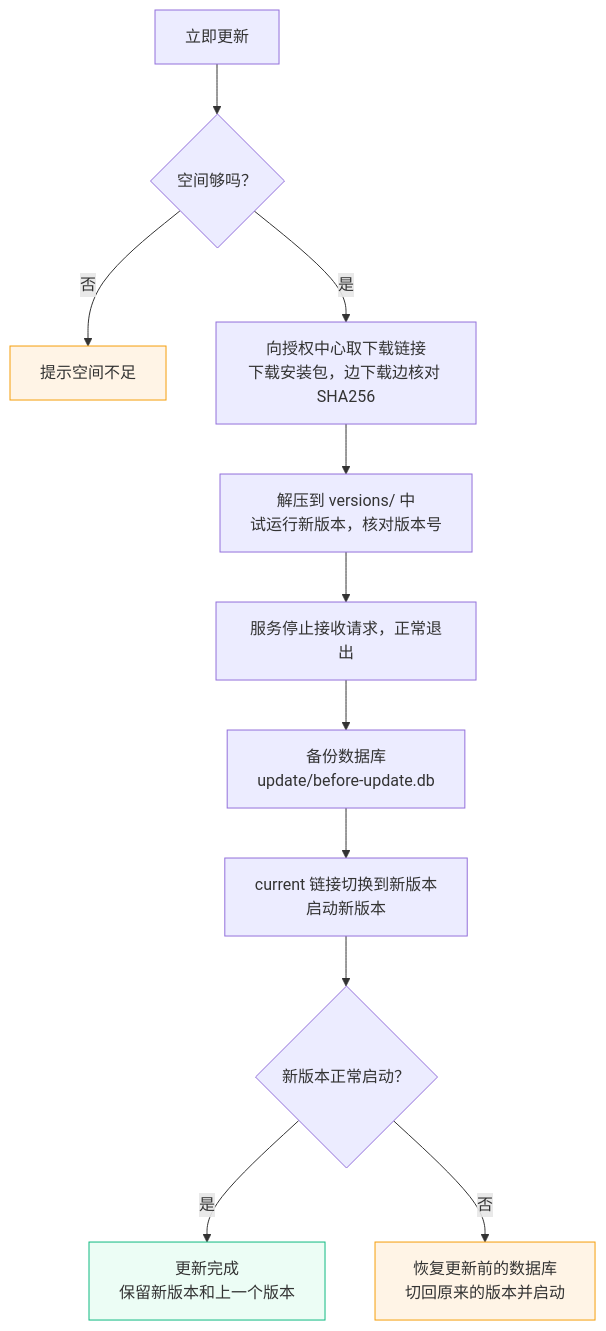
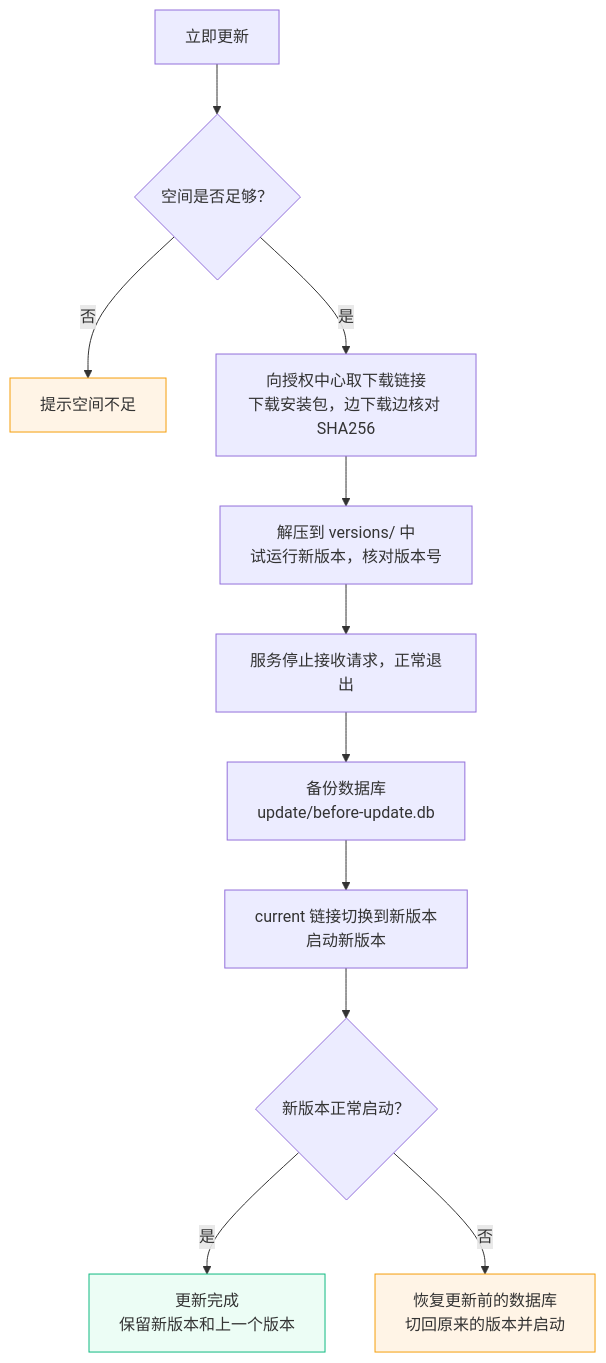
The diagram in sites/keepbay/docs/upgrade.md (huohuastudio/websites), drawn with Mermaid before and after one commit. The commit also changed other lines of this file and 36 other files, not shown here.

````diff
--- a/sites/keepbay/docs/upgrade.md
+++ b/sites/keepbay/docs/upgrade.md
@@ -39,17 +39,17 @@
 ```mermaid
 flowchart TD
-    start["立即更新"] --> space{"空间够吗？"}
+    start["立即更新"] --> space{"空间是否足够？"}
     space -->|否| stop1["提示空间不足"]
     space -->|是| dl["向授权中心取下载链接<br/>下载安装包，边下载边核对 SHA256"]
     dl --> unpack["解压到 versions/ 中<br/>试运行新版本，核对版本号"]
     unpack --> exit["服务停止接收请求，正常退出"]
     exit --> bak["备份数据库<br/>update/before-update.db"]
     bak --> switch["current 链接切换到新版本<br/>启动新版本"]
     switch --> health{"新版本正常启动？"}
     health -->|是| ok["更新完成<br/>保留新版本和上一个版本"]
     health -->|否| rollback["恢复更新前的数据库<br/>切回原来的版本并启动"]
 
     style ok fill:#ecfdf5,stroke:#10b981
     style rollback fill:#fff4e6,stroke:#f59e0b
     style stop1 fill:#fff4e6,stroke:#f59e0b
 ```
````
